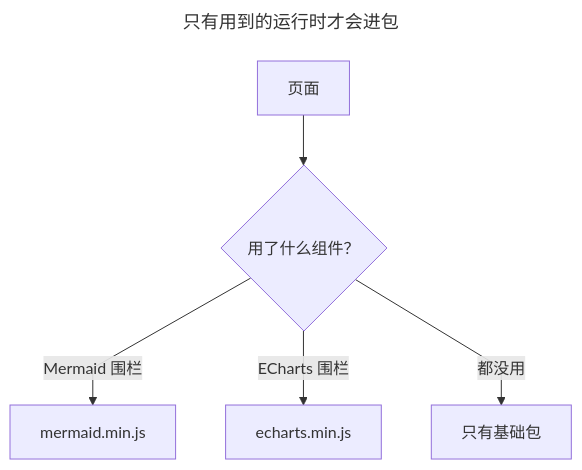
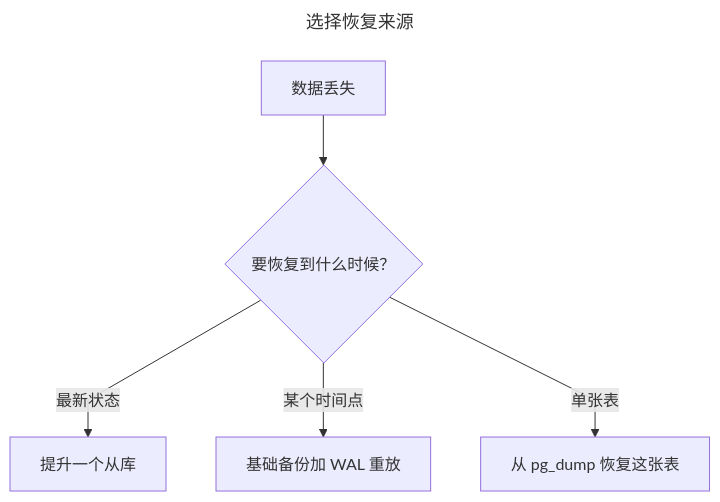
Before and after one commit to pgsty/oink.pgsty.com: the seventh of 9 diagrams in content/docs/components/mermaid.zh.md, drawn with Mermaid. The commit also changed other lines of this file and 148 other files, not shown here.

````diff
--- a/content/docs/components/mermaid.zh.md
+++ b/content/docs/components/mermaid.zh.md
@@ -241,13 +241,13 @@
 ```mermaid
 ---
-title: 只有用到的运行时才会进包
+title: 选择恢复来源
 config:
   flowchart:
     curve: linear
 ---
 flowchart TD
-  页面 --> 判断{用了什么组件？}
-  判断 -->|Mermaid 围栏| M[mermaid.min.js]
-  判断 -->|ECharts 围栏| E[echarts.min.js]
-  判断 -->|都没用| B[只有基础包]
+  Loss[数据丢失] --> When{要恢复到什么时候？}
+  When -->|最新状态| Promote[提升一个从库]
+  When -->|某个时间点| PITR[基础备份加 WAL 重放]
+  When -->|单张表| Dump[从 pg_dump 恢复这张表]
 ```
````
